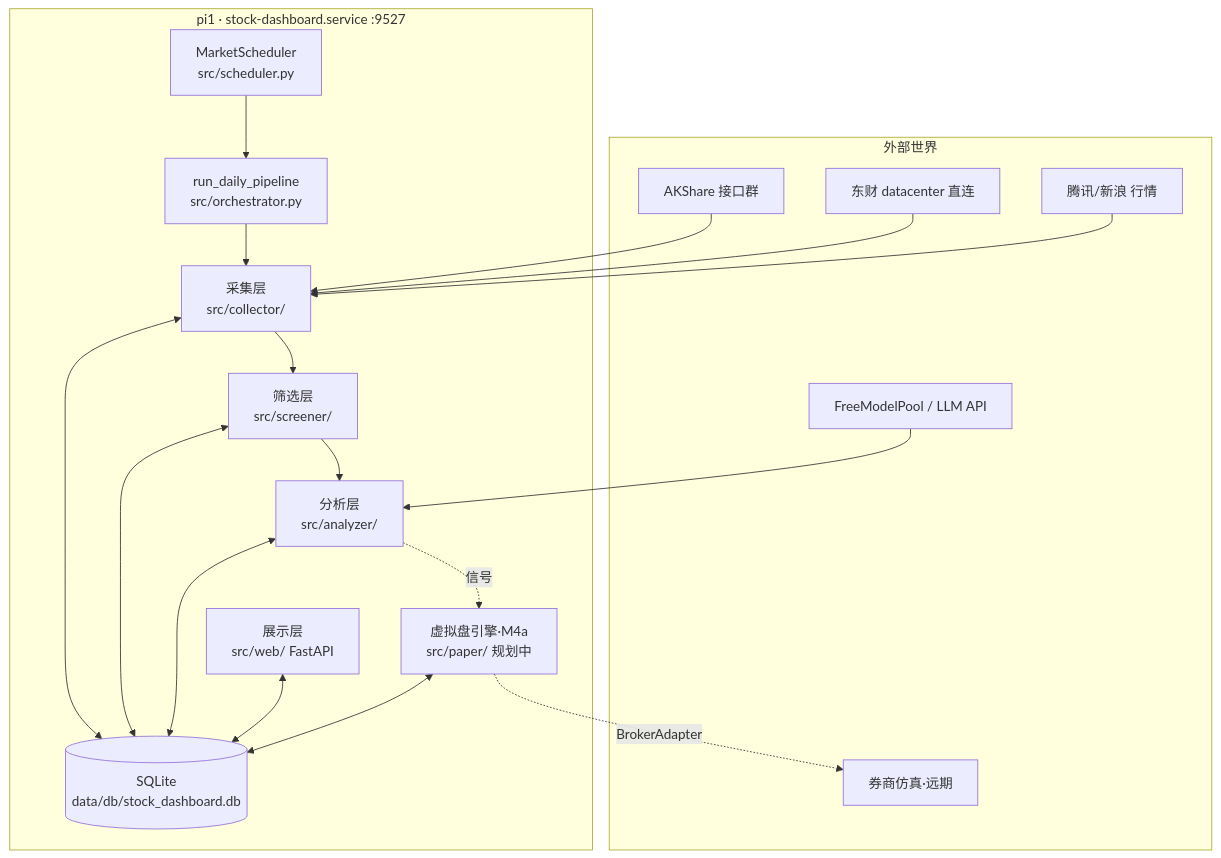
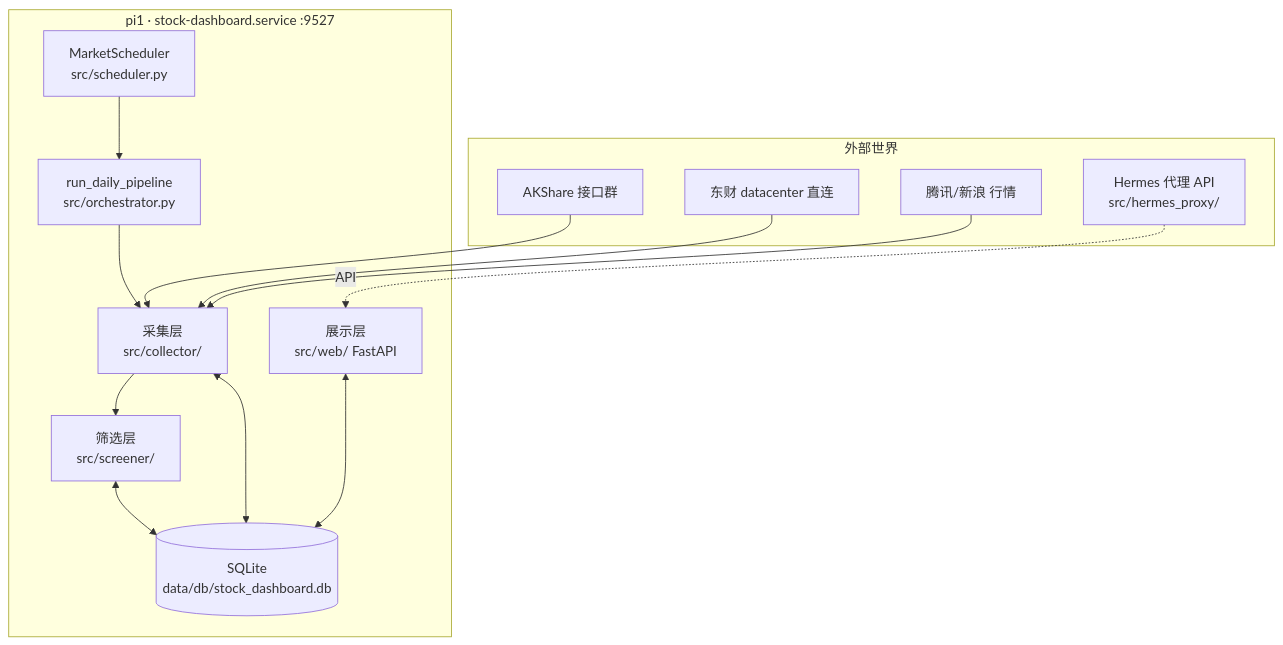
The first of 2 diagrams in docs/architecture.md (oldfunk/stock-dashboard), drawn with Mermaid before and after one commit. The commit also changed other lines of this file and 13 other files, not shown here.

````diff
--- a/docs/architecture.md
+++ b/docs/architecture.md
@@ -8,35 +8,28 @@
 ```mermaid
 flowchart TB
     subgraph EXT[外部世界]
         AK[AKShare 接口群]
         EM[东财 datacenter 直连]
         TX[腾讯/新浪 行情]
-        LLM[FreeModelPool / LLM API]
-        QMT[券商仿真·远期]
+        HP[Hermes 代理 API<br/>src/hermes_proxy/]
     end
 
     subgraph PI[pi1 · stock-dashboard.service :9527]
         SCH[MarketScheduler<br/>src/scheduler.py]
         ORCH[run_daily_pipeline<br/>src/orchestrator.py]
         COL[采集层<br/>src/collector/]
         SCR[筛选层<br/>src/screener/]
-        ANA[分析层<br/>src/analyzer/]
         WEB[展示层<br/>src/web/ FastAPI]
         DB[(SQLite<br/>data/db/stock_dashboard.db)]
-        PAPER[虚拟盘引擎·M4a<br/>src/paper/ 规划中]
     end
 
     AK --> COL
     EM --> COL
     TX --> COL
-    LLM --> ANA
+    HP -.API.-> WEB
     SCH --> ORCH
-    ORCH --> COL --> SCR --> ANA
+    ORCH --> COL --> SCR
     COL <--> DB
     SCR <--> DB
-    ANA <--> DB
     WEB <--> DB
-    ANA -.信号.-> PAPER
-    PAPER <--> DB
-    PAPER -.BrokerAdapter.-> QMT
 ```
````
